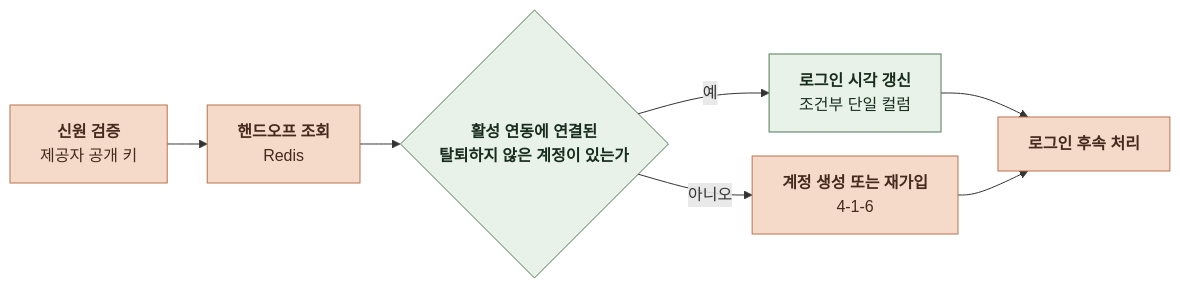
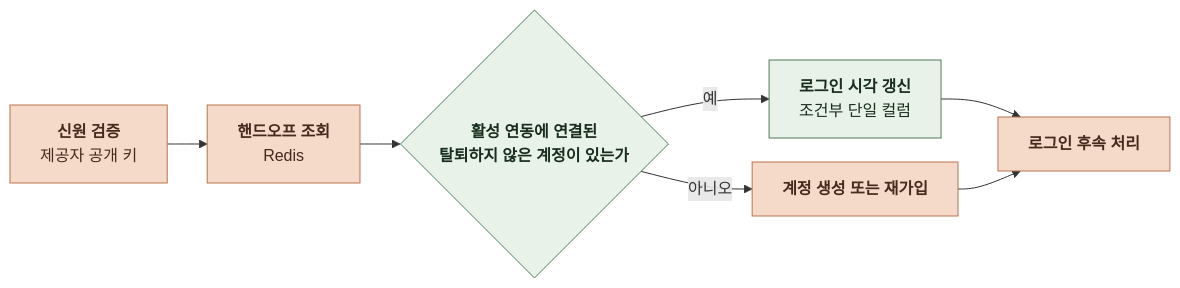
One commit to KIM-N-KANG/knk-harness changed the third of 16 diagrams in docs/domain/ACCOUNT/BACKEND/4-1-PIPELINES.md. Above: the diagram before and after it, drawn with Mermaid. The commit also changed other lines of this file, not shown here.

````diff
--- a/docs/domain/ACCOUNT/BACKEND/4-1-PIPELINES.md
+++ b/docs/domain/ACCOUNT/BACKEND/4-1-PIPELINES.md
@@ -108,19 +107,18 @@
 ```mermaid
 %%{init: {"flowchart": {"curve": "basis", "nodeSpacing": 24, "rankSpacing": 40}}}%%
 flowchart LR
     A["`**신원 검증**
 제공자 공개 키`"] --> B["`**핸드오프 조회**
 Redis`"]
     B --> C{"`**활성 연동에 연결된
 탈퇴하지 않은 계정이 있는가**`"}
     C -->|예| D["`**로그인 시각 갱신**
 조건부 단일 컬럼`"]
-    C -->|아니오| E["`**계정 생성 또는 재가입**
-4-1-6`"]
+    C -->|아니오| E["`**계정 생성 또는 재가입**`"]
     D --> F["`**로그인 후속 처리**`"]
     E --> F
     classDef comp fill:#E8F2E8,stroke:#527A59,color:#182D1D
     classDef task fill:#F5D9C9,stroke:#B97450,color:#452B1D
     class C,D comp
     class A,B,E,F task
 ```
````
